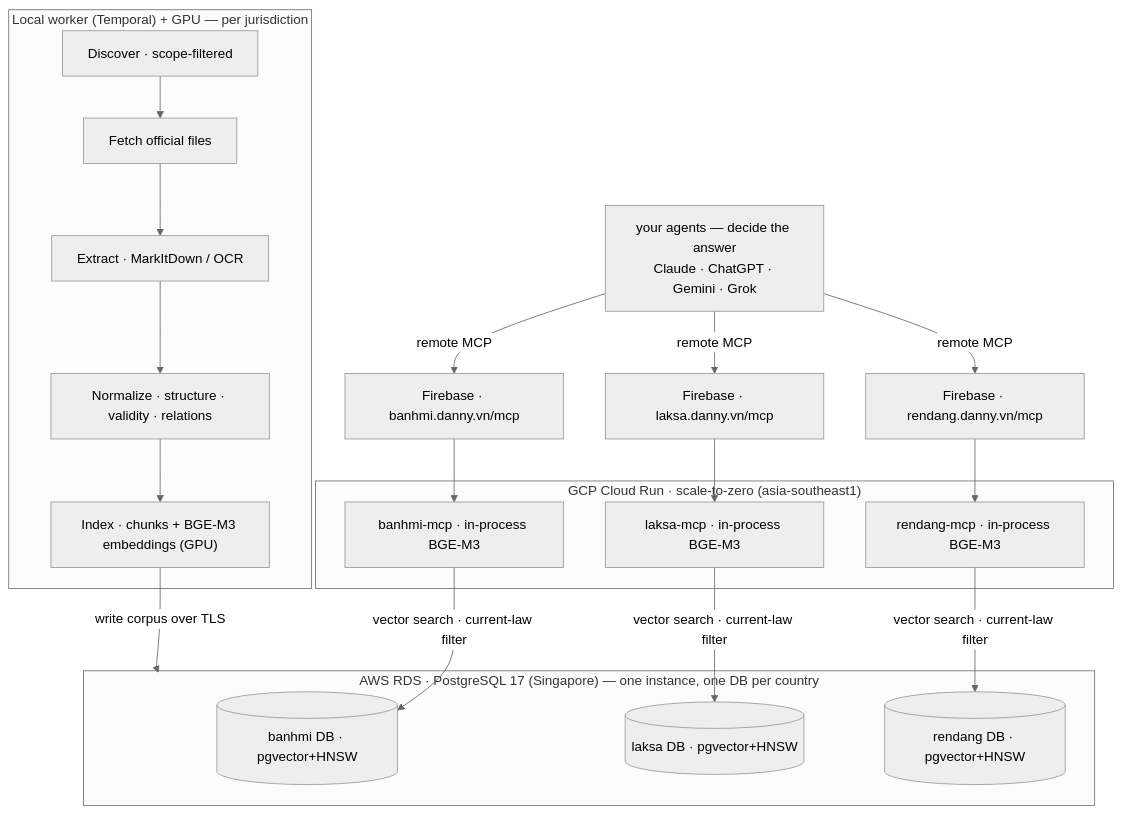
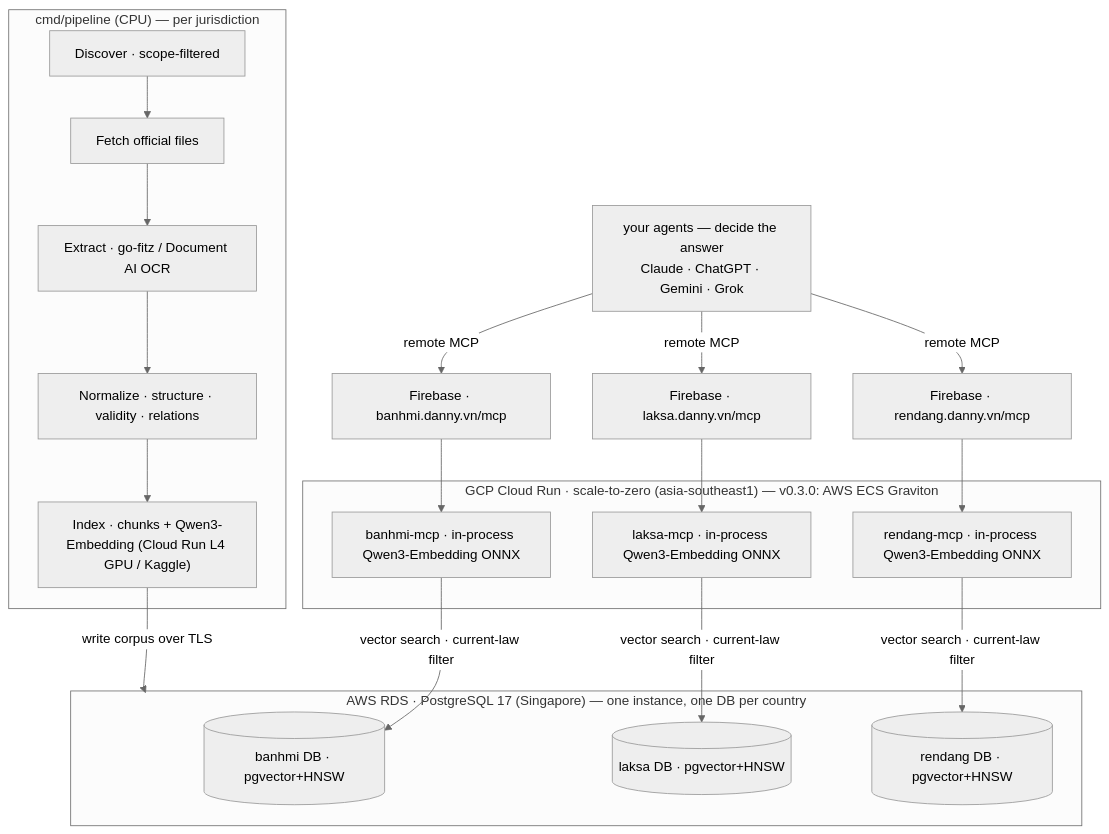
One commit to dannyota/banhmi changed the diagram in README.md. Above: the diagram before and after it, drawn with Mermaid (neutral theme). The commit also changed other lines of this file and 14 other files, not shown here.

First line of the commit message:
docs: update all docs for Qwen3, go-fitz, cmd/pipeline, IAM best practices

````diff
--- a/README.md
+++ b/README.md
@@ -95,30 +95,30 @@
 ```mermaid
 flowchart TB
-  subgraph LOCAL["Local worker (Temporal) + GPU — per jurisdiction"]
+  subgraph LOCAL["cmd/pipeline (CPU) — per jurisdiction"]
     DISC["Discover · scope-filtered"] --> DL["Fetch official files"]
-    DL --> EXT["Extract · MarkItDown / OCR"]
+    DL --> EXT["Extract · go-fitz / Document AI OCR"]
     EXT --> NORM["Normalize · structure · validity · relations"]
-    NORM --> IDX["Index · chunks + BGE-M3 embeddings (GPU)"]
+    NORM --> IDX["Index · chunks + Qwen3-Embedding (Cloud Run L4 GPU / Kaggle)"]
   end
 
   subgraph RDS["AWS RDS · PostgreSQL 17 (Singapore) — one instance, one DB per country"]
     PGVN[("banhmi DB · pgvector+HNSW")]
     PGMY[("laksa DB · pgvector+HNSW")]
     PGID[("rendang DB · pgvector+HNSW")]
   end
 
-  subgraph CR["GCP Cloud Run · scale-to-zero (asia-southeast1)"]
-    MCPVN["banhmi-mcp · in-process BGE-M3"]
-    MCPMY["laksa-mcp · in-process BGE-M3"]
-    MCPID["rendang-mcp · in-process BGE-M3"]
+  subgraph CR["GCP Cloud Run · scale-to-zero (asia-southeast1) — v0.3.0: AWS ECS Graviton"]
+    MCPVN["banhmi-mcp · in-process Qwen3-Embedding ONNX"]
+    MCPMY["laksa-mcp · in-process Qwen3-Embedding ONNX"]
+    MCPID["rendang-mcp · in-process Qwen3-Embedding ONNX"]
   end
 
   IDX -->|write corpus over TLS| RDS
   MCPVN -->|vector search · current-law filter| PGVN
   MCPMY -->|vector search · current-law filter| PGMY
   MCPID -->|vector search · current-law filter| PGID
   FBVN["Firebase · banhmi.danny.vn/mcp"] --> MCPVN
   FBMY["Firebase · laksa.danny.vn/mcp"] --> MCPMY
   FBID["Firebase · rendang.danny.vn/mcp"] --> MCPID
   USERS["your agents — decide the answer<br/>Claude · ChatGPT · Gemini · Grok"] -->|remote MCP| FBVN & FBMY & FBID
 ```
````
